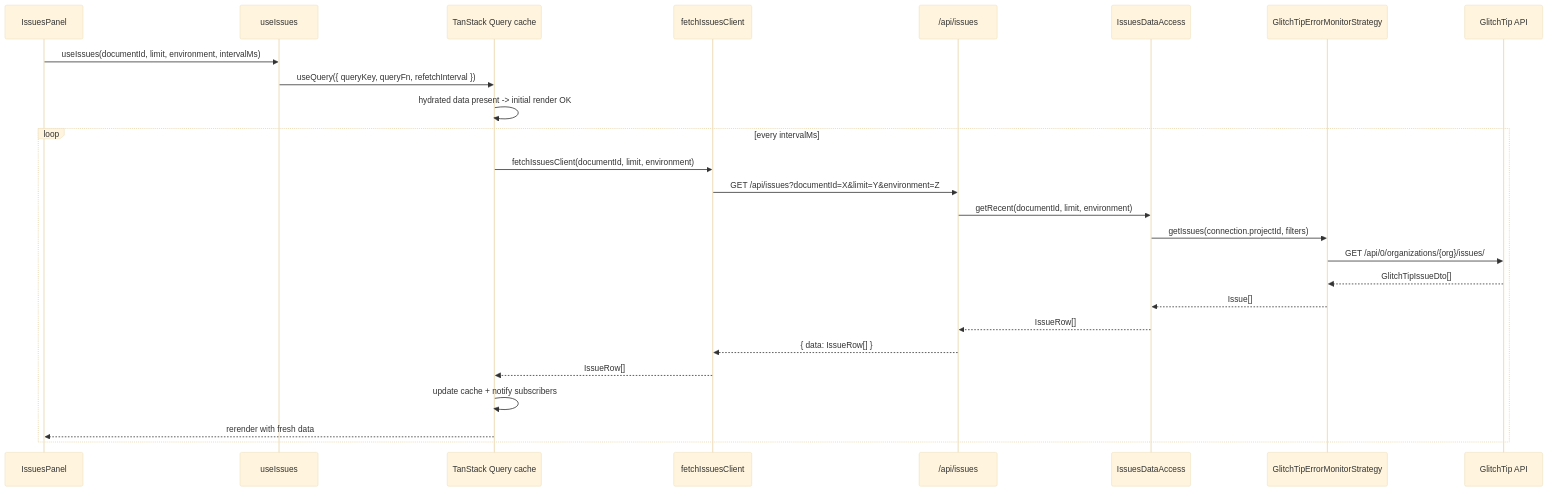
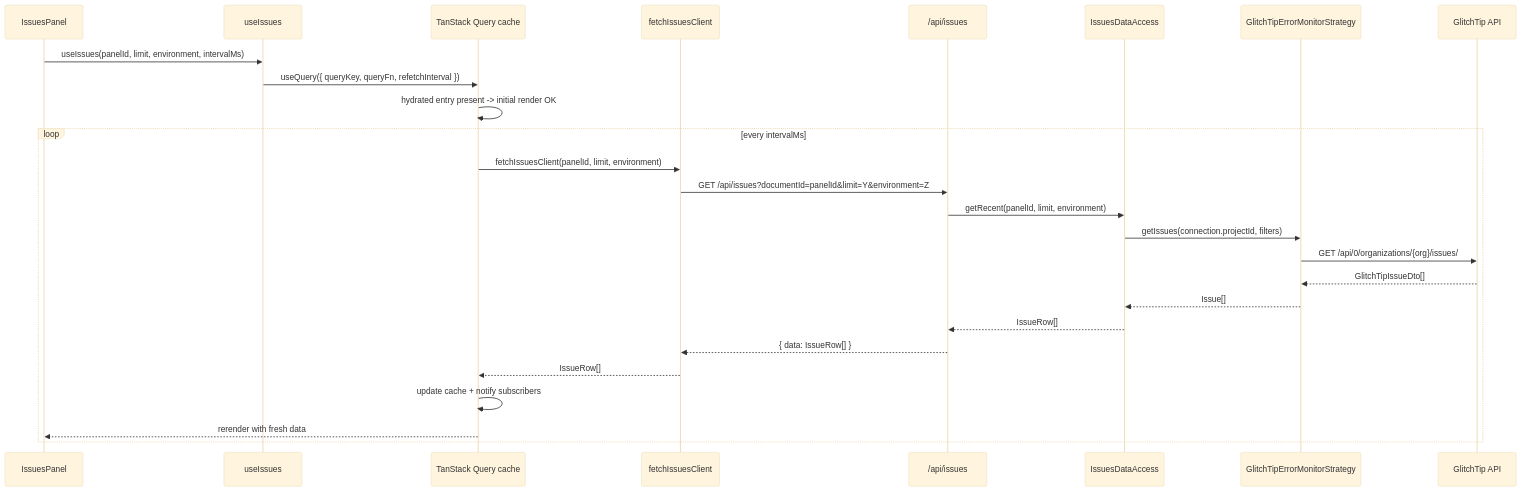
Before and after one commit to webteamuxco/dashboard-monitor: the sixth of 11 diagrams in apps/docs-site/docs/data-flow.md, drawn with Mermaid (base theme). The commit also changed other lines of this file and 27 other files, not shown here.

````diff
--- a/apps/docs-site/docs/data-flow.md
+++ b/apps/docs-site/docs/data-flow.md
@@ -141,30 +195,30 @@
 ```mermaid
 sequenceDiagram
     participant Panel as IssuesPanel
     participant Hook as useIssues
     participant TQ as TanStack Query cache
     participant Fetch as fetchIssuesClient
     participant Route as /api/issues
     participant DA as IssuesDataAccess
     participant Mon as GlitchTipErrorMonitorStrategy
     participant Ext as GlitchTip API
 
-    Panel->>Hook: useIssues(documentId, limit, environment, intervalMs)
+    Panel->>Hook: useIssues(panelId, limit, environment, intervalMs)
     Hook->>TQ: useQuery({ queryKey, queryFn, refetchInterval })
-    TQ->>TQ: hydrated data present -> initial render OK
+    TQ->>TQ: hydrated entry present -> initial render OK
 
     loop every intervalMs
-        TQ->>Fetch: fetchIssuesClient(documentId, limit, environment)
-        Fetch->>Route: GET /api/issues?documentId=X&limit=Y&environment=Z
-        Route->>DA: getRecent(documentId, limit, environment)
+        TQ->>Fetch: fetchIssuesClient(panelId, limit, environment)
+        Fetch->>Route: GET /api/issues?documentId=panelId&limit=Y&environment=Z
+        Route->>DA: getRecent(panelId, limit, environment)
         DA->>Mon: getIssues(connection.projectId, filters)
         Mon->>Ext: GET /api/0/organizations/{org}/issues/
         Ext-->>Mon: GlitchTipIssueDto[]
         Mon-->>DA: Issue[]
         DA-->>Route: IssueRow[]
         Route-->>Fetch: { data: IssueRow[] }
         Fetch-->>TQ: IssueRow[]
         TQ->>TQ: update cache + notify subscribers
         TQ-->>Panel: rerender with fresh data
     end
 ```
````
